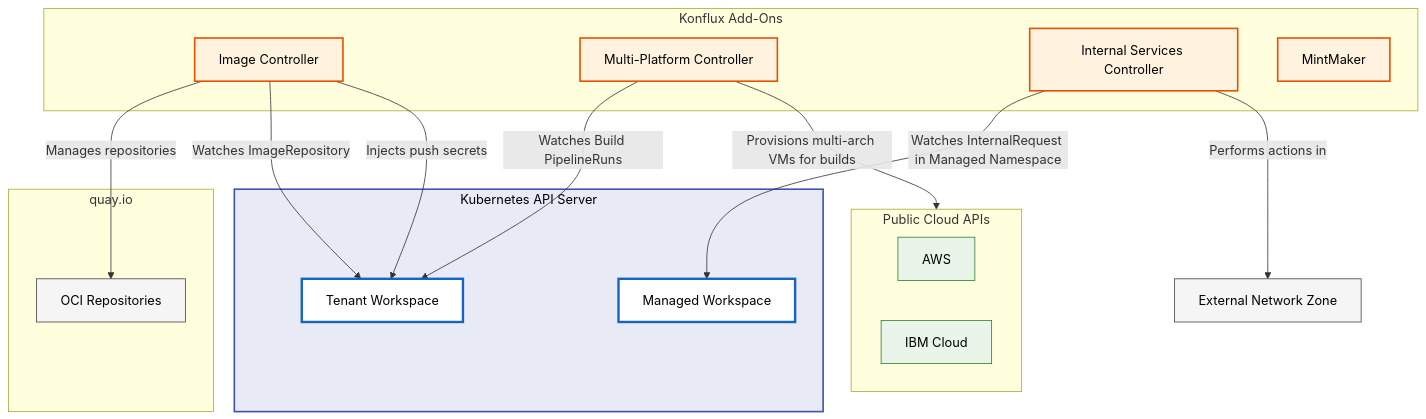
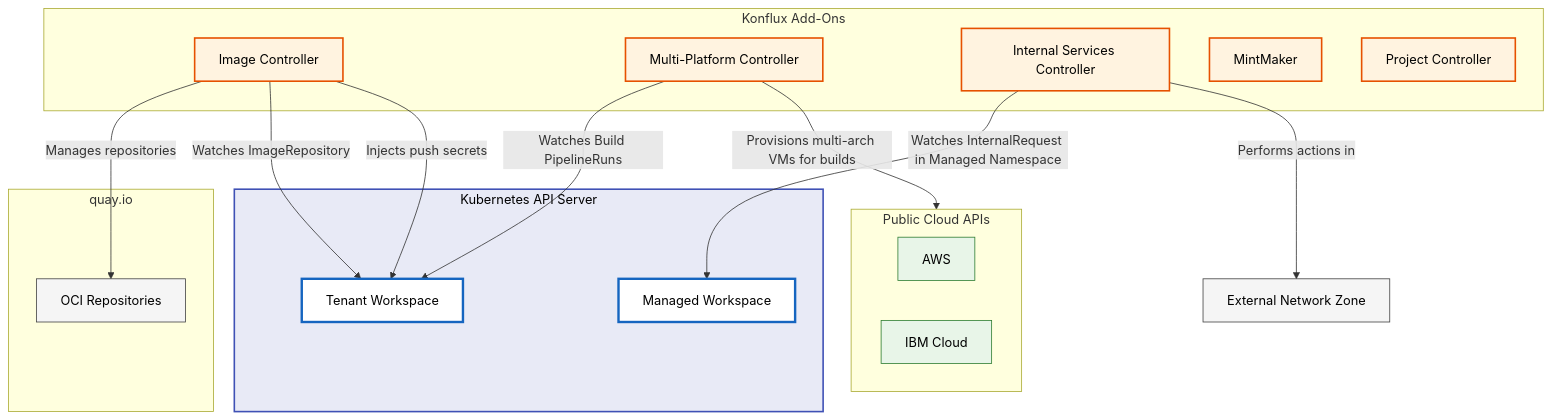
The second of 2 diagrams in architecture/add-ons/index.md (konflux-ci/architecture), drawn with Mermaid before and after one commit. The commit also changed other lines of this file and 2 other files, not shown here.

First line of the commit message:
Add Project Controller add-on architecture documentation (#258)

````diff
--- a/architecture/add-ons/index.md
+++ b/architecture/add-ons/index.md
@@ -117,43 +118,45 @@
 ```mermaid
 graph TD
     subgraph Konflux Add-Ons
         IC[Image Controller]
         MPC[Multi-Platform Controller]
         ISC[Internal Services Controller]
         MM[MintMaker]
+        PC[Project Controller]
     end
 
     subgraph quayio[quay.io]
         OCI[OCI Repositories]
     end
 
     subgraph cloudapis[Public Cloud APIs]
         AWS[AWS]
         IBM[IBM Cloud]
     end
 
     subgraph kubeapi[Kubernetes API Server]
         TW[Tenant Workspace]
         MW[Managed Workspace]
     end
 
     IC -- Manages repositories --> OCI
     IC -- Watches ImageRepository --> TW
     IC -- Injects push secrets --> TW
     MPC -- Provisions multi-arch VMs for builds --> cloudapis
     MPC -- Watches Build PipelineRuns --> TW
     ISC -- Watches InternalRequest in Managed Namespace --> MW
     ISC -- Performs actions in --> EXT[External Network Zone]
 
     style IC fill:#fff3e0,stroke:#e65100,stroke-width:2px,color:#000000;
     style MPC fill:#fff3e0,stroke:#e65100,stroke-width:2px,color:#000000;
     style ISC fill:#fff3e0,stroke:#e65100,stroke-width:2px,color:#000000;
     style MM fill:#fff3e0,stroke:#e65100,stroke-width:2px,color:#000000;
+    style PC fill:#fff3e0,stroke:#e65100,stroke-width:2px,color:#000000;
     style kubeapi fill:#e8eaf6,stroke:#3f51b5,stroke-width:2px,color:#000000;
     style TW fill:#ffffff,stroke:#1565c0,stroke-width:3px,color:#000000;
     style MW fill:#ffffff,stroke:#1565c0,stroke-width:3px,color:#000000;
     style AWS fill:#e8f5e8,stroke:#2e7d32,stroke-width:1px,color:#000000;
     style IBM fill:#e8f5e8,stroke:#2e7d32,stroke-width:1px,color:#000000;
     style EXT fill:#f5f5f5,stroke:#424242,stroke-width:1px,color:#000000;
     style OCI fill:#f5f5f5,stroke:#424242,stroke-width:1px,color:#000000;
 ```
````
